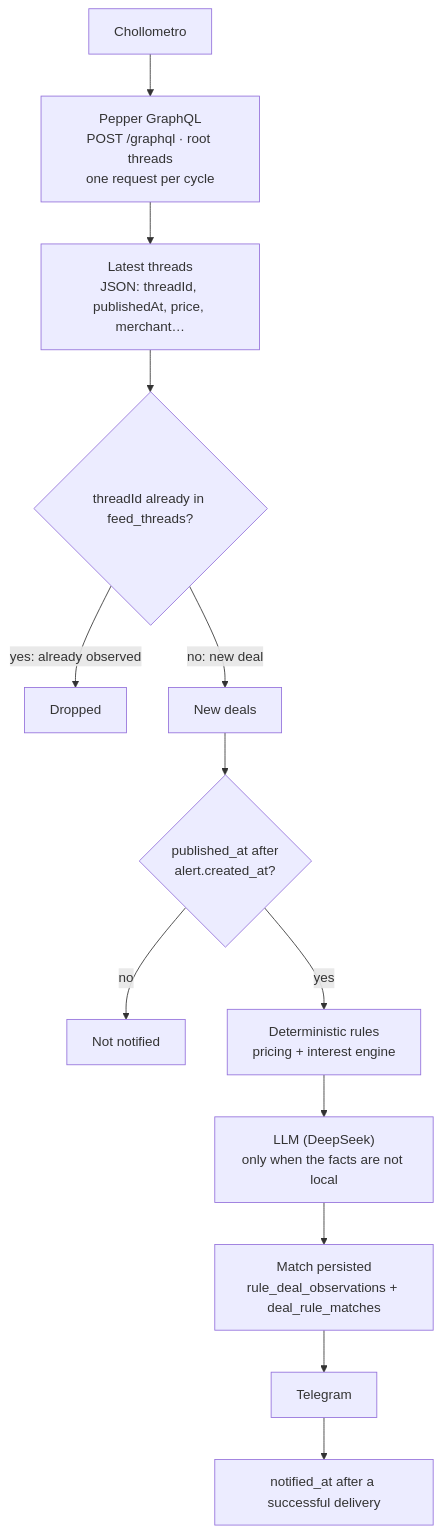
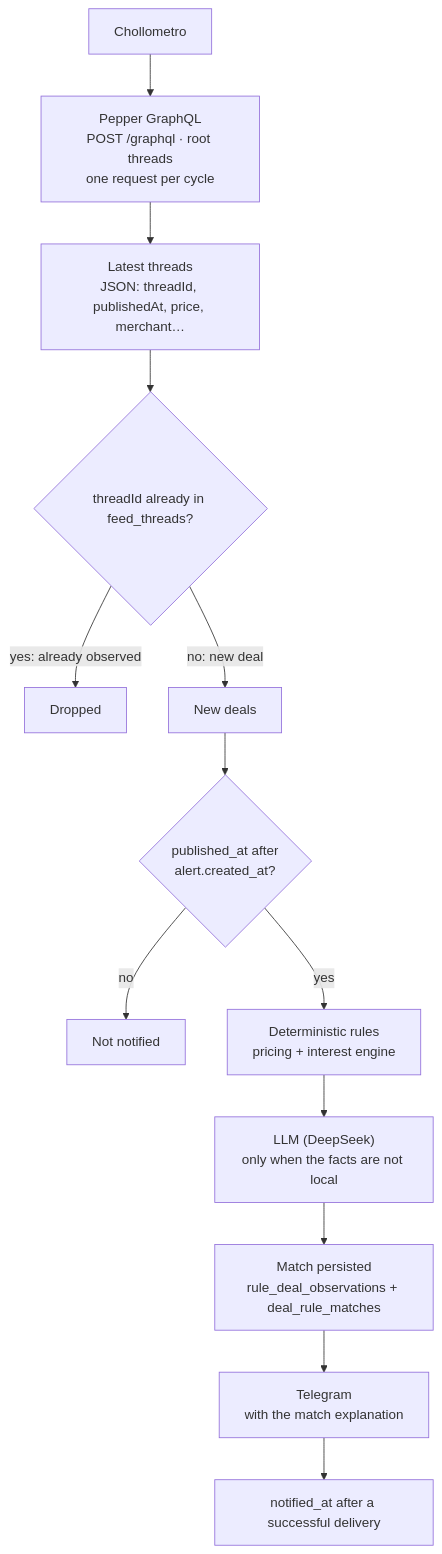
One commit to vgvr0/chollo-alerts changed the first of 2 diagrams in README.md. Above: the diagram before and after it, drawn with Mermaid. The commit also changed other lines of this file and 15 other files, not shown here.

````diff
--- a/README.md
+++ b/README.md
@@ -32,15 +33,15 @@
 ```mermaid
 flowchart TD
     A["Chollometro"] --> B["Pepper GraphQL<br/>POST /graphql · root threads<br/>one request per cycle"]
     B --> C["Latest threads<br/>JSON: threadId, publishedAt, price, merchant…"]
     C --> D{"threadId already in feed_threads?"}
     D -- "yes: already observed" --> E["Dropped"]
     D -- "no: new deal" --> F["New deals"]
     F --> H{"published_at after<br/>alert.created_at?"}
     H -- "no" --> J["Not notified"]
     H -- "yes" --> I["Deterministic rules<br/>pricing + interest engine"]
     I --> P["LLM (DeepSeek)<br/>only when the facts are not local"]
     P --> K["Match persisted<br/>rule_deal_observations + deal_rule_matches"]
-    K --> N["Telegram"]
+    K --> N["Telegram<br/>with the match explanation"]
     N --> O["notified_at after a successful delivery"]
 ```
````
